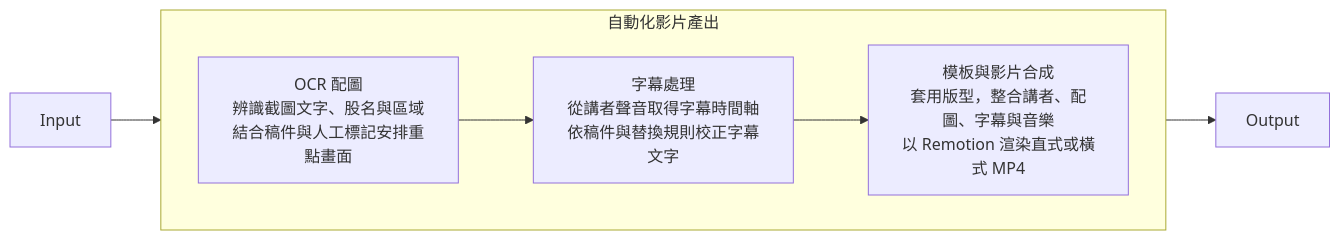
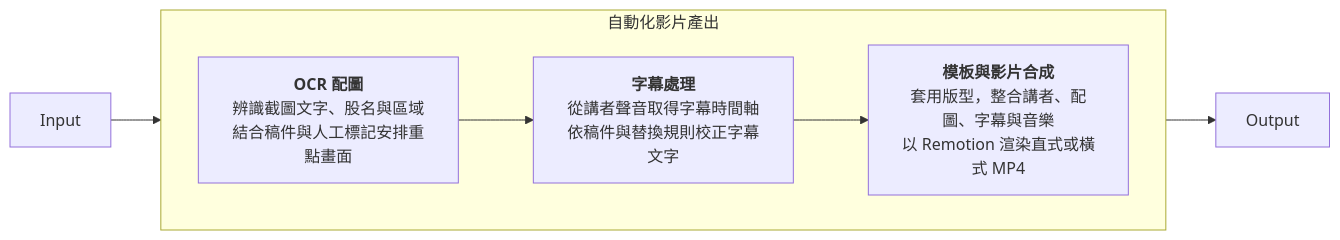
Before and after one commit to leighly93/marketing-workbrench: the second of 2 diagrams in README.md, drawn with Mermaid.

Commit message:
docs: bold production diagram headings

````diff
--- a/README.md
+++ b/README.md
@@ -38,13 +38,13 @@
 ```mermaid
 flowchart LR
     productionInput["Input"]
     subgraph automatedProduction["自動化影片產出"]
         direction LR
-        ocrImages["OCR 配圖<br/>辨識截圖文字、股名與區域<br/>結合稿件與人工標記安排重點畫面"]
-        subtitleProcessing["字幕處理<br/>從講者聲音取得字幕時間軸<br/>依稿件與替換規則校正字幕文字"]
-        templateComposition["模板與影片合成<br/>套用版型，整合講者、配圖、字幕與音樂<br/>以 Remotion 渲染直式或橫式 MP4"]
+        ocrImages["<b>OCR 配圖</b><br/>辨識截圖文字、股名與區域<br/>結合稿件與人工標記安排重點畫面"]
+        subtitleProcessing["<b>字幕處理</b><br/>從講者聲音取得字幕時間軸<br/>依稿件與替換規則校正字幕文字"]
+        templateComposition["<b>模板與影片合成</b><br/>套用版型，整合講者、配圖、字幕與音樂<br/>以 Remotion 渲染直式或橫式 MP4"]
         ocrImages --> subtitleProcessing --> templateComposition
     end
     productionInput --> ocrImages
     templateComposition --> productionOutput["Output"]
 ```
````
